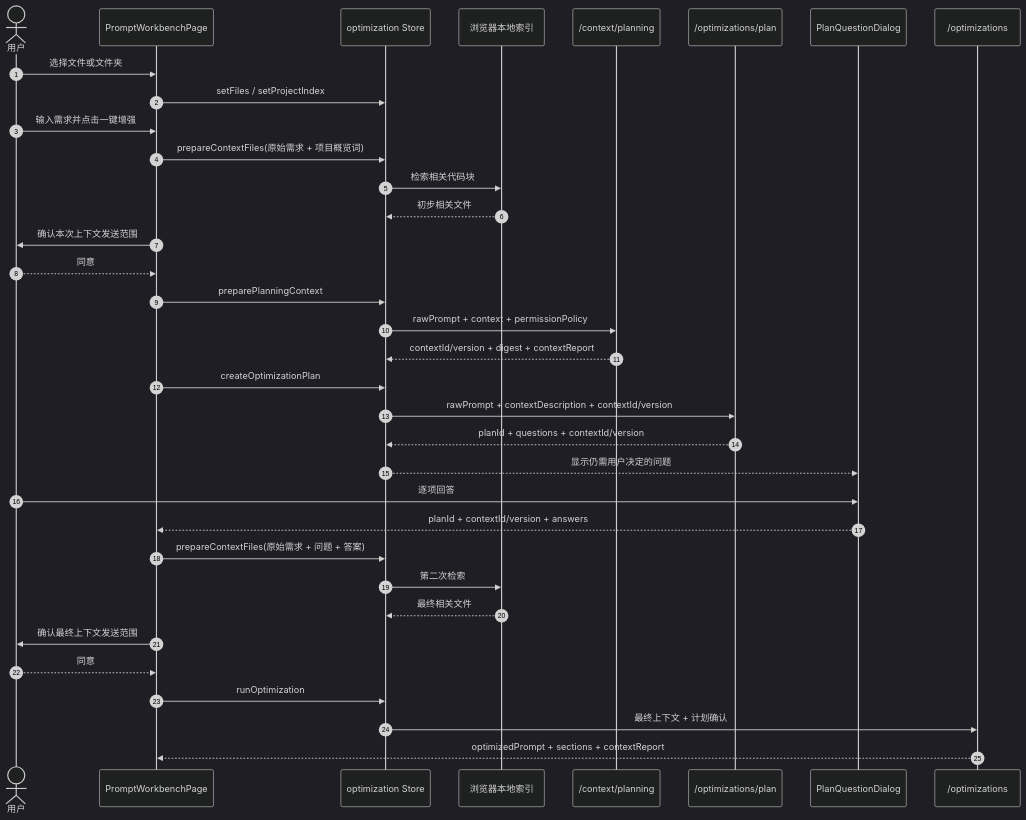
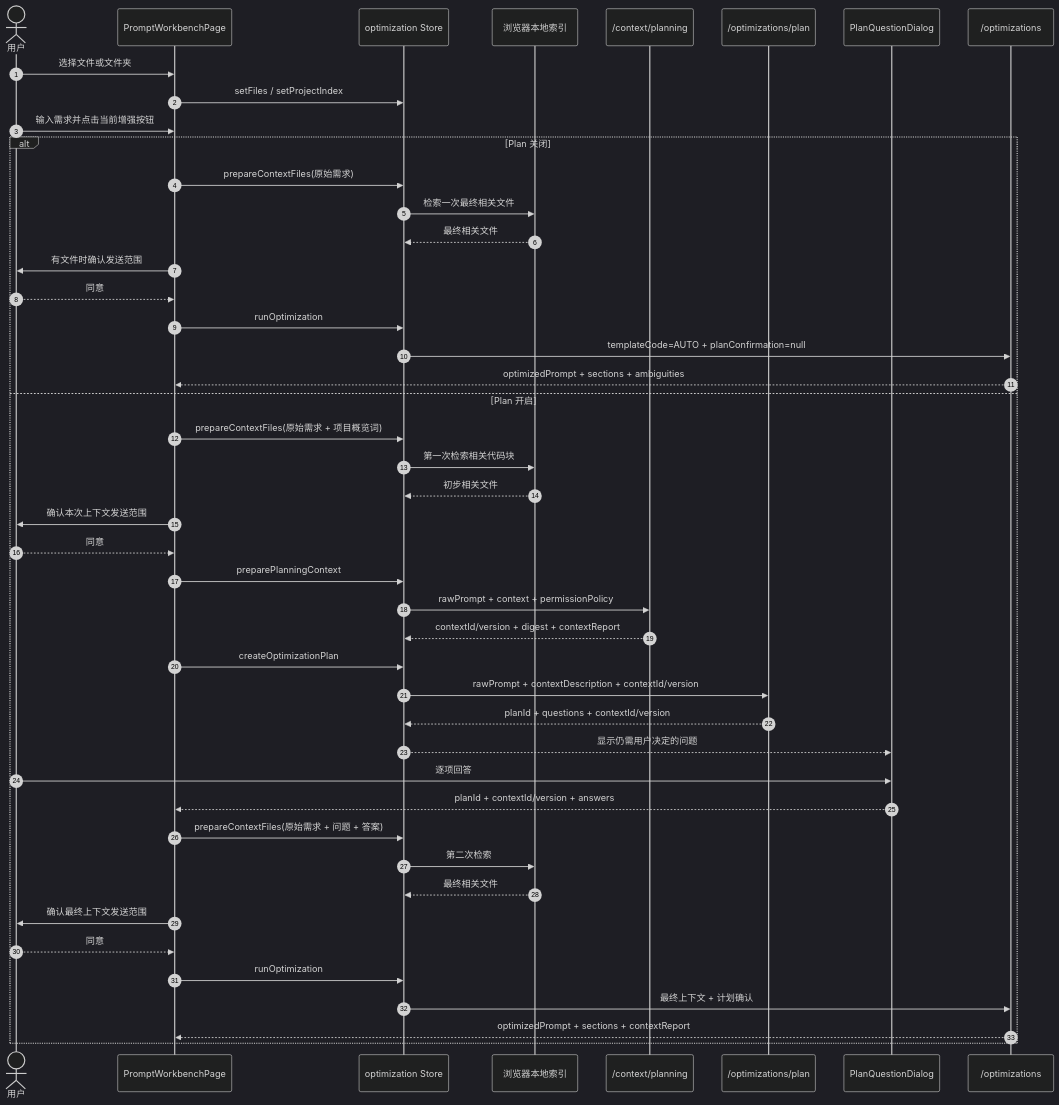
One commit to QingNiao0x/prompt-optimizer-platform changed the second of 2 diagrams in docs/development/上下文感知Plan-Mode实现教学.md. Above: the diagram before and after it, drawn with Mermaid (dark theme). The commit also changed other lines of this file and 16 other files, not shown here.

````diff
--- a/docs/development/上下文感知Plan-Mode实现教学.md
+++ b/docs/development/上下文感知Plan-Mode实现教学.md
@@ -57,38 +65,49 @@
 ```mermaid
 sequenceDiagram
     autonumber
     actor User as 用户
     participant Page as PromptWorkbenchPage
     participant Store as optimization Store
     participant Local as 浏览器本地索引
     participant ContextApi as /context/planning
     participant PlanApi as /optimizations/plan
     participant Dialog as PlanQuestionDialog
     participant FinalApi as /optimizations
 
     User->>Page: 选择文件或文件夹
     Page->>Store: setFiles / setProjectIndex
-    User->>Page: 输入需求并点击一键增强
-    Page->>Store: prepareContextFiles(原始需求 + 项目概览词)
-    Store->>Local: 检索相关代码块
-    Local-->>Store: 初步相关文件
-    Page->>User: 确认本次上下文发送范围
-    User-->>Page: 同意
-    Page->>Store: preparePlanningContext
-    Store->>ContextApi: rawPrompt + context + permissionPolicy
-    ContextApi-->>Store: contextId/version + digest + contextReport
-    Page->>Store: createOptimizationPlan
-    Store->>PlanApi: rawPrompt + contextDescription + contextId/version
-    PlanApi-->>Store: planId + questions + contextId/version
-    Store-->>Dialog: 显示仍需用户决定的问题
-    User->>Dialog: 逐项回答
-    Dialog-->>Page: planId + contextId/version + answers
-    Page->>Store: prepareContextFiles(原始需求 + 问题 + 答案)
-    Store->>Local: 第二次检索
-    Local-->>Store: 最终相关文件
-    Page->>User: 确认最终上下文发送范围
-    User-->>Page: 同意
-    Page->>Store: runOptimization
-    Store->>FinalApi: 最终上下文 + 计划确认
-    FinalApi-->>Page: optimizedPrompt + sections + contextReport
+    User->>Page: 输入需求并点击当前增强按钮
+    alt Plan 关闭
+        Page->>Store: prepareContextFiles(原始需求)
+        Store->>Local: 检索一次最终相关文件
+        Local-->>Store: 最终相关文件
+        Page->>User: 有文件时确认发送范围
+        User-->>Page: 同意
+        Page->>Store: runOptimization
+        Store->>FinalApi: templateCode=AUTO + planConfirmation=null
+        FinalApi-->>Page: optimizedPrompt + sections + ambiguities
+    else Plan 开启
+        Page->>Store: prepareContextFiles(原始需求 + 项目概览词)
+        Store->>Local: 第一次检索相关代码块
+        Local-->>Store: 初步相关文件
+        Page->>User: 确认本次上下文发送范围
+        User-->>Page: 同意
+        Page->>Store: preparePlanningContext
+        Store->>ContextApi: rawPrompt + context + permissionPolicy
+        ContextApi-->>Store: contextId/version + digest + contextReport
+        Page->>Store: createOptimizationPlan
+        Store->>PlanApi: rawPrompt + contextDescription + contextId/version
+        PlanApi-->>Store: planId + questions + contextId/version
+        Store-->>Dialog: 显示仍需用户决定的问题
+        User->>Dialog: 逐项回答
+        Dialog-->>Page: planId + contextId/version + answers
+        Page->>Store: prepareContextFiles(原始需求 + 问题 + 答案)
+        Store->>Local: 第二次检索
+        Local-->>Store: 最终相关文件
+        Page->>User: 确认最终上下文发送范围
+        User-->>Page: 同意
+        Page->>Store: runOptimization
+        Store->>FinalApi: 最终上下文 + 计划确认
+        FinalApi-->>Page: optimizedPrompt + sections + contextReport
+    end
 ```
````
